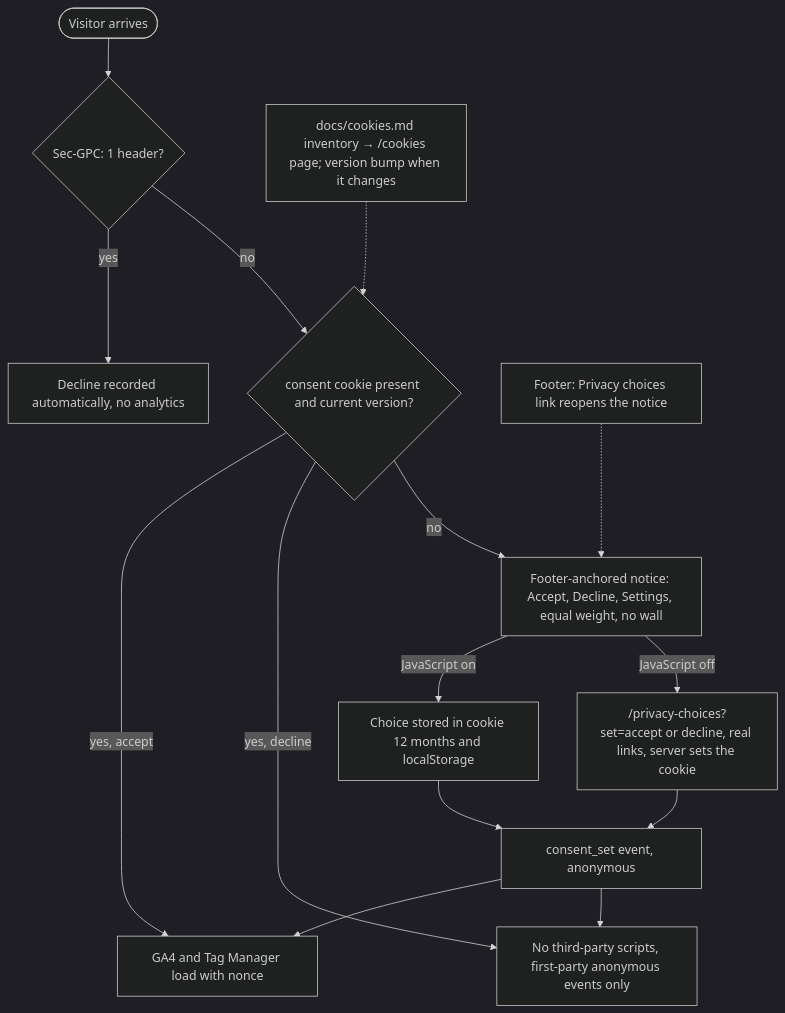
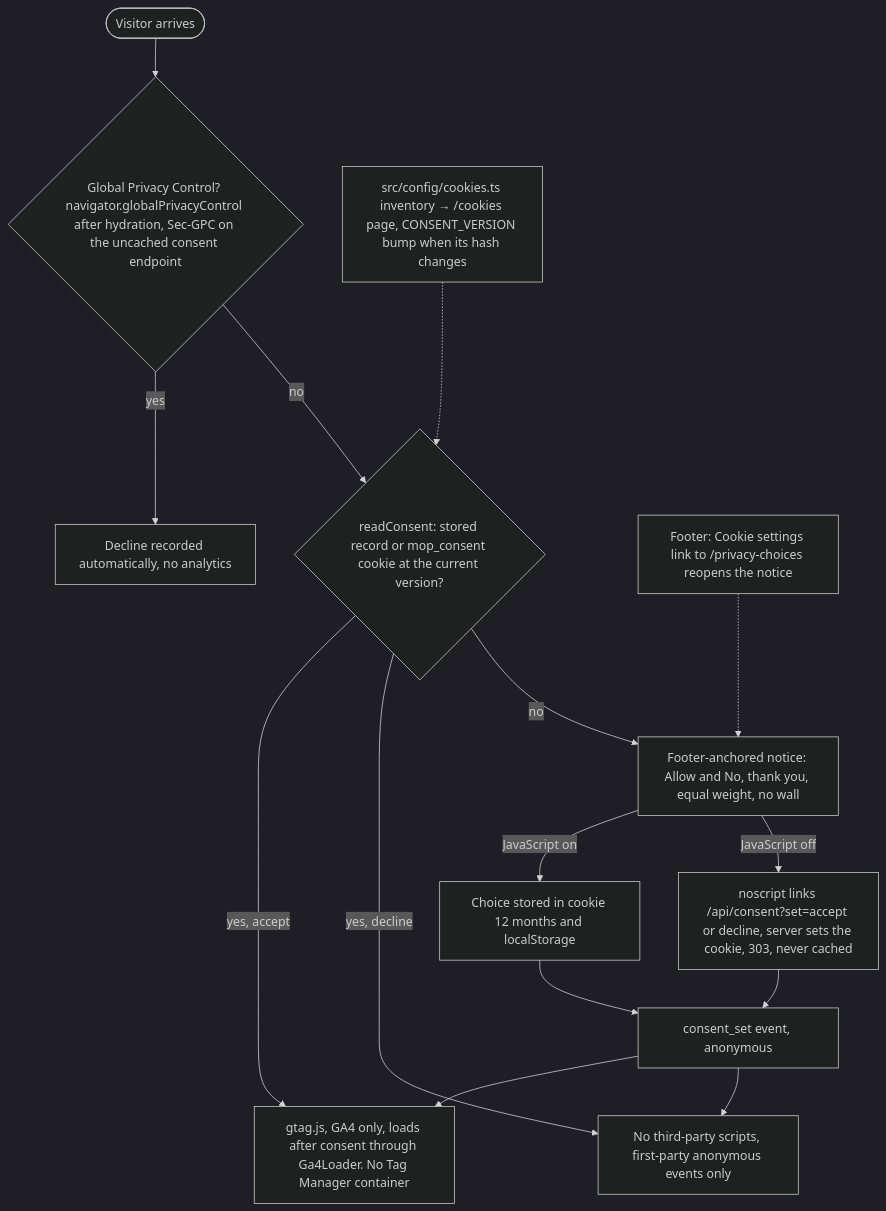
The second of 3 diagrams in workspace/03-diagrams/essentials.md (AbdulrahmanAmer/matter-of-place), drawn with Mermaid (dark theme) before and after one commit. The commit also changed other lines of this file and 104 other files, not shown here.

First line of the commit message:
Traceability audit rounds 5 and 6; diagrams brought in line with the plans; rulings G58 to G65

````diff
--- a/workspace/03-diagrams/essentials.md
+++ b/workspace/03-diagrams/essentials.md
@@ -25,15 +26,15 @@
 ```mermaid
 flowchart TB
-  V([Visitor arrives]) --> GPC{"Sec-GPC: 1 header?"}
+  V([Visitor arrives]) --> GPC{"Global Privacy Control? navigator.globalPrivacyControl after hydration, Sec-GPC on the uncached consent endpoint"}
   GPC -->|yes| DEC[Decline recorded automatically, no analytics]
-  GPC -->|no| CK{consent cookie present and current version?}
-  CK -->|yes, accept| GA[GA4 and Tag Manager load with nonce]
+  GPC -->|no| CK{"readConsent: stored record or mop_consent cookie at the current version?"}
+  CK -->|yes, accept| GA["gtag.js, GA4 only, loads after consent through Ga4Loader. No Tag Manager container"]
   CK -->|yes, decline| NO[No third-party scripts, first-party anonymous events only]
-  CK -->|no| NOTE[Footer-anchored notice: Accept, Decline, Settings, equal weight, no wall]
+  CK -->|no| NOTE["Footer-anchored notice: Allow and No, thank you, equal weight, no wall"]
   NOTE -->|JavaScript on| SET[Choice stored in cookie 12 months and localStorage]
-  NOTE -->|JavaScript off| LINK["/privacy-choices?set=accept or decline, real links, server sets the cookie"]
+  NOTE -->|JavaScript off| LINK["noscript links /api/consent?set=accept or decline, server sets the cookie, 303, never cached"]
   SET & LINK --> EV[consent_set event, anonymous]
   EV --> GA & NO
-  FOOT["Footer: Privacy choices link reopens the notice"] -.-> NOTE
-  INV["docs/cookies.md inventory → /cookies page; version bump when it changes"] -.-> CK
+  FOOT["Footer: Cookie settings link to /privacy-choices reopens the notice"] -.-> NOTE
+  INV["src/config/cookies.ts inventory → /cookies page, CONSENT_VERSION bump when its hash changes"] -.-> CK
 ```
````
